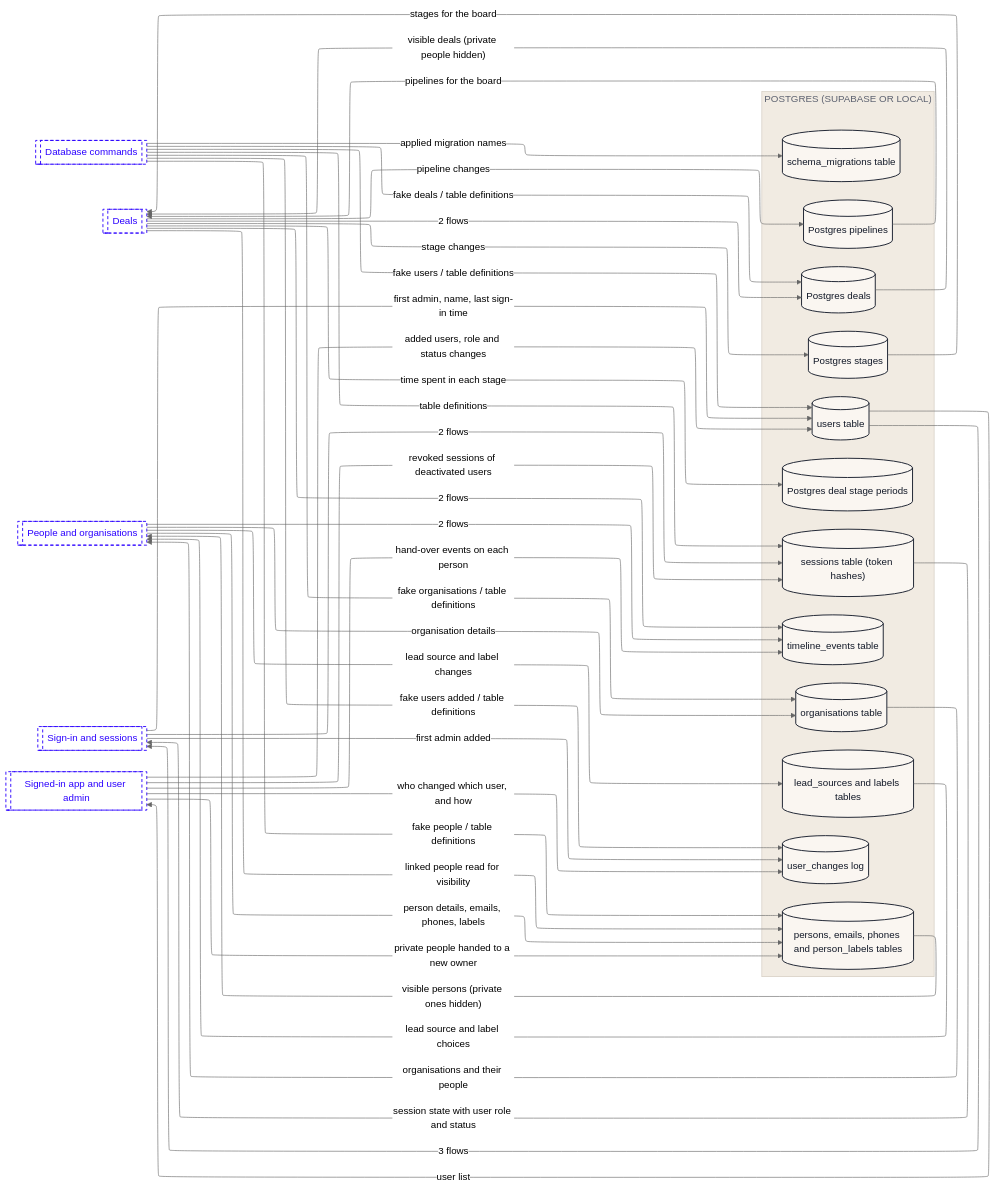
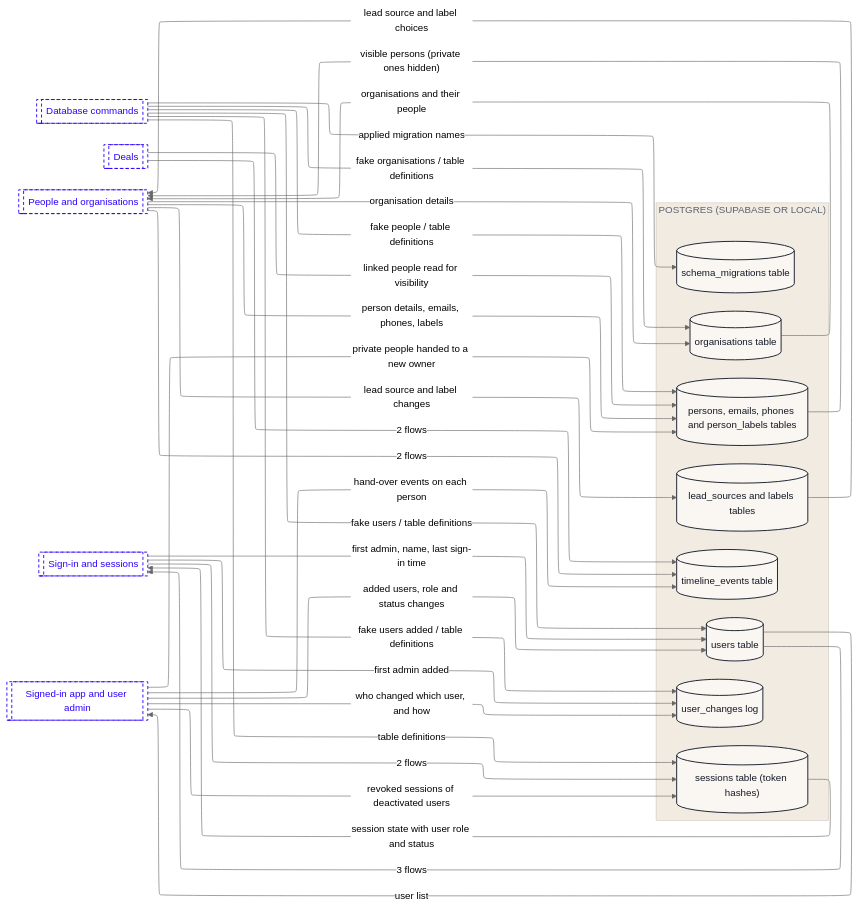
Before and after one commit to Romain-Perche/Barnacle-Pipe: the third of 10 diagrams in dataflow/DATAFLOW.md, drawn with Mermaid (neutral theme). The commit also changed other lines of this file and 10 other files, not shown here.

````diff
--- a/dataflow/DATAFLOW.md
+++ b/dataflow/DATAFLOW.md
@@ -136,69 +141,57 @@
 ```mermaid
 ---
 config:
   layout: elk
 ---
 flowchart LR
     subgraph z1["POSTGRES (SUPABASE OR LOCAL)"]
         n1[("lead_sources and labels tables")]
-        n2[("Postgres deal stage periods")]
-        n3[("Postgres deals")]
-        n4[("organisations table")]
-        n5[("persons, emails, phones and person_labels tables")]
-        n6[("Postgres pipelines")]
-        n7[("schema_migrations table")]
-        n8[("sessions table (token hashes)")]
-        n9[("Postgres stages")]
-        n10[("timeline_events table")]
-        n11[("user_changes log")]
-        n12[("users table")]
+        n2[("organisations table")]
+        n3[("persons, emails, phones and person_labels tables")]
+        n4[("schema_migrations table")]
+        n5[("sessions table (token hashes)")]
+        n6[("timeline_events table")]
+        n7[("user_changes log")]
+        n8[("users table")]
     end
-    n13[["Database commands"]]
-    n14[["Deals"]]
-    n15[["People and organisations"]]
-    n16[["Sign-in and sessions"]]
-    n17[["Signed-in app and user admin"]]
-    n15 -->|"lead source and label changes"| n1
-    n1 -->|"lead source and label choices"| n15
-    n16 -->|"2 flows"| n8
-    n16 -->|"first admin added"| n11
-    n16 -->|"first admin, name, last sign-in time"| n12
-    n14 -->|"time spent in each stage"| n2
-    n14 -->|"2 flows"| n3
-    n14 -->|"linked people read for visibility"| n5
-    n14 -->|"2 flows"| n10
-    n3 -->|"visible deals (private people hidden)"| n14
-    n13 -->|"fake deals / table definitions"| n3
-    n13 -->|"fake organisations / table definitions"| n4
-    n13 -->|"fake people / table definitions"| n5
-    n13 -->|"applied migration names"| n7
-    n13 -->|"table definitions"| n8
-    n13 -->|"fake users added / table definitions"| n11
-    n13 -->|"fake users / table definitions"| n12
-    n15 -->|"organisation details"| n4
-    n15 -->|"2 flows"| n10
-    n4 -->|"organisations and their people"| n15
-    n15 -->|"person details, emails, phones, labels"| n5
-    n5 -->|"visible persons (private ones hidden)"| n15
-    n14 -->|"pipeline changes"| n6
-    n14 -->|"stage changes"| n9
-    n6 -->|"pipelines for the board"| n14
-    n8 -->|"session state with user role and status"| n16
-    n9 -->|"stages for the board"| n14
-    n17 -->|"private people handed to a new owner"| n5
-    n17 -->|"revoked sessions of deactivated users"| n8
-    n17 -->|"hand-over events on each person"| n10
-    n17 -->|"who changed which user, and how"| n11
-    n17 -->|"added users, role and status changes"| n12
-    n12 -->|"3 flows"| n16
-    n12 -->|"user list"| n17
+    n9[["Database commands"]]
+    n10[["Deals"]]
+    n11[["People and organisations"]]
+    n12[["Sign-in and sessions"]]
+    n13[["Signed-in app and user admin"]]
+    n11 -->|"lead source and label changes"| n1
+    n1 -->|"lead source and label choices"| n11
+    n12 -->|"2 flows"| n5
+    n12 -->|"first admin added"| n7
+    n12 -->|"first admin, name, last sign-in time"| n8
+    n10 -->|"linked people read for visibility"| n3
+    n10 -->|"2 flows"| n6
+    n9 -->|"fake organisations / table definitions"| n2
+    n9 -->|"fake people / table definitions"| n3
+    n9 -->|"applied migration names"| n4
+    n9 -->|"table definitions"| n5
+    n9 -->|"fake users added / table definitions"| n7
+    n9 -->|"fake users / table definitions"| n8
+    n11 -->|"organisation details"| n2
+    n11 -->|"2 flows"| n6
+    n2 -->|"organisations and their people"| n11
+    n11 -->|"person details, emails, phones, labels"| n3
+    n3 -->|"visible persons (private ones hidden)"| n11
+    n5 -->|"session state with user role and status"| n12
+    n13 -->|"private people handed to a new owner"| n3
+    n13 -->|"revoked sessions of deactivated users"| n5
+    n13 -->|"hand-over events on each person"| n6
+    n13 -->|"who changed which user, and how"| n7
+    n13 -->|"added users, role and status changes"| n8
+    n8 -->|"3 flows"| n12
+    n8 -->|"user list"| n13
     classDef actor fill:#FFFFFF,stroke:#111827,stroke-width:1px,color:#111827
     classDef process fill:#EDEAFF,stroke:#2B00FF,stroke-width:1.5px,color:#111827
     classDef store fill:#FAF6F1,stroke:#111827,stroke-width:1.5px,color:#111827
     classDef zone fill:#1A1A1A,stroke:#1A1A1A,color:#FFFFFF
     classDef group fill:#2B00FF,stroke:#2B00FF,color:#FFFFFF
     classDef stub fill:#FFFFFF,stroke:#2B00FF,stroke-width:1.5px,stroke-dasharray:5 4,color:#2B00FF
-    class n1,n2,n3,n4,n5,n6,n7,n8,n9,n10,n11,n12 store
-    class n13,n14,n15,n16,n17 stub
+    class n1,n2,n3,n4,n5,n6,n7,n8 store
+    class n9,n10,n11,n12,n13 stub
     style z1 fill:#F1EBE2,stroke:#CFC7BB,color:#5D6270
 ```
````
